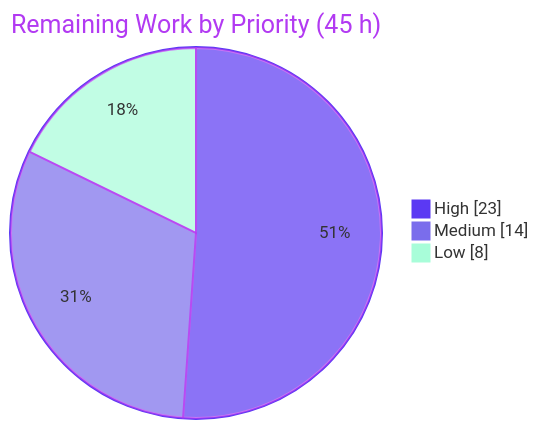
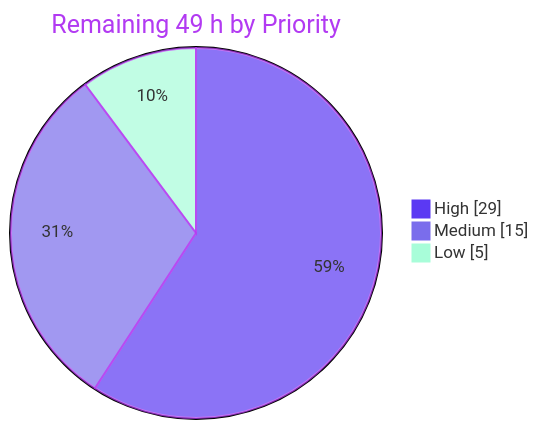
Before and after one commit to blitzy-public-samples/blitzy-kafka: the third of 3 diagrams in blitzy/documentation/Project Guide.md, drawn with Mermaid. The commit also changed other lines of this file, not shown here.

Commit message:
Adding Blitzy Project Guide: Project Status and Human Tasks Remaining

````diff
--- a/blitzy/documentation/Project Guide.md
+++ b/blitzy/documentation/Project Guide.md
@@ -247,7 +374,7 @@
 ```mermaid
-%%{init: {"theme":"base","themeVariables":{"pie1":"#5B39F3","pie2":"#7A6DEC","pie3":"#A8FDD9","pieStrokeColor":"#B23AF2","pieOuterStrokeColor":"#5B39F3","pieTitleTextColor":"#B23AF2","pieSectionTextColor":"#333333","pieLegendTextColor":"#333333"}}}%%
-pie showData title Remaining Work by Priority (45 h)
-    "High" : 23
-    "Medium" : 14
-    "Low" : 8
+%%{init: {"theme":"base","themeVariables":{"pie1":"#5B39F3","pie2":"#7A6DEC","pie3":"#A8FDD9","pieStrokeColor":"#B23AF2","pieStrokeWidth":"2px","pieTitleTextColor":"#B23AF2","pieSectionTextColor":"#333333","pieLegendTextColor":"#333333"}}}%%
+pie showData title Remaining 49 h by Priority
+    "High" : 29
+    "Medium" : 15
+    "Low" : 5
 ```
````
